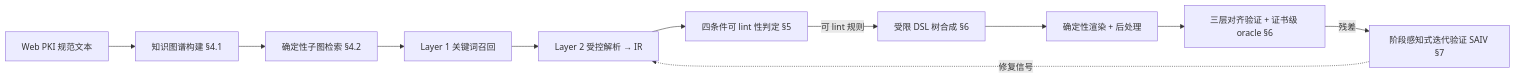
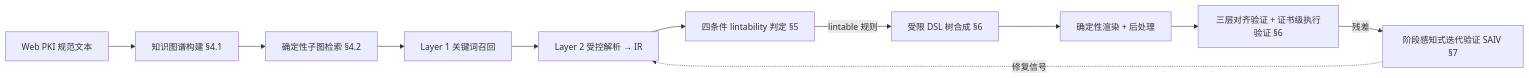
Before and after one commit to Bernhard1826/cicas: the diagram in Paper_Unified_PKI_E2E.md, drawn with Mermaid. The commit also changed other lines of this file, not shown here.

````diff
--- a/Paper_Unified_PKI_E2E.md
+++ b/Paper_Unified_PKI_E2E.md
@@ -89,13 +89,13 @@
 ```mermaid
 flowchart LR
   S[Web PKI 规范文本] --> KG[知识图谱构建 §4.1]
   KG --> R[确定性子图检索 §4.2]
   R --> L1["Layer 1 关键词召回"]
   L1 --> L2["Layer 2 受控解析 → IR"]
-  L2 --> C["四条件可 lint 性判定 §5"]
-  C -->|"可 lint 规则"| G["受限 DSL 树合成 §6"]
+  L2 --> C["四条件 lintability 判定 §5"]
+  C -->|"lintable 规则"| G["受限 DSL 树合成 §6"]
   G --> RHO["确定性渲染 + 后处理"]
-  RHO --> V["三层对齐验证 + 证书级 oracle §6"]
+  RHO --> V["三层对齐验证 + 证书级执行验证 §6"]
   V -->|残差| SAIV["阶段感知式迭代验证 SAIV §7"]
   SAIV -. "修复信号" .-> L2
 ```
````
